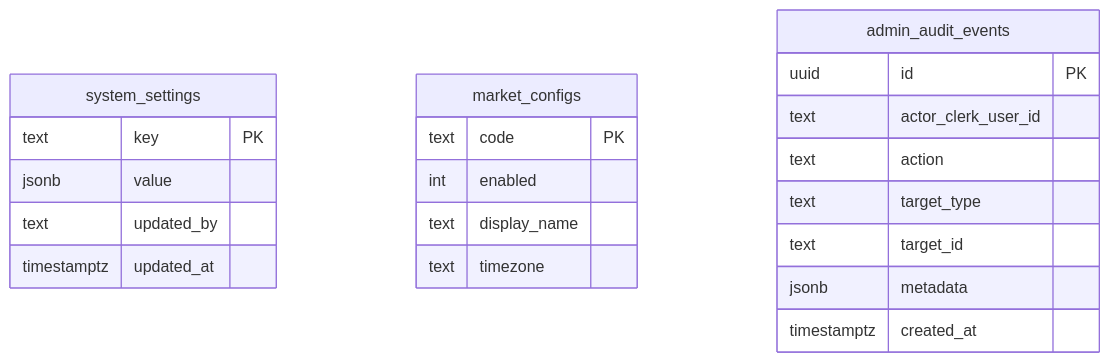
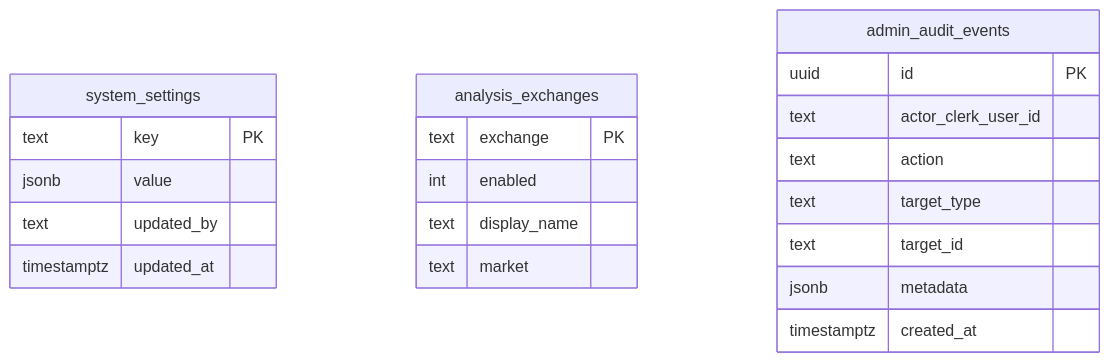
The eighth of 9 diagrams in tg-web/docs/DATABASE_DICTIONARY.md (hypier/tradingagents-report), drawn with Mermaid before and after one commit. The commit also changed other lines of this file and 36 other files, not shown here.

First line of the commit message:
refactor(tg-web): rename and restructure market configurations to analysis exchanges

````diff
--- a/tg-web/docs/DATABASE_DICTIONARY.md
+++ b/tg-web/docs/DATABASE_DICTIONARY.md
@@ -255,26 +255,26 @@
 ```mermaid
 erDiagram
     system_settings {
         text key PK
         jsonb value
         text updated_by
         timestamptz updated_at
     }
 
-    market_configs {
-        text code PK
+    analysis_exchanges {
+        text exchange PK
         int enabled
         text display_name
-        text timezone
+        text market
     }
 
     admin_audit_events {
         uuid id PK
         text actor_clerk_user_id
         text action
         text target_type
         text target_id
         jsonb metadata
         timestamptz created_at
     }
 ```
````
